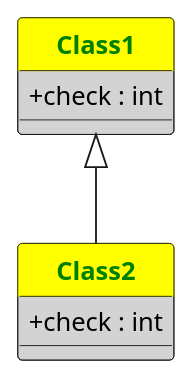
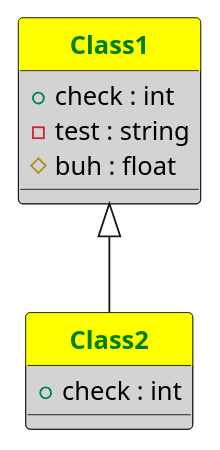
One commit to VladKaralius/cse210-projects changed the diagram in prove/Develop03/test.pu. Above: the diagram before and after it, drawn with PlantUML.

```diff
--- a/prove/Develop03/test.pu
+++ b/prove/Develop03/test.pu
@@ -1,38 +1,40 @@
 @startuml test
 hide circle
-skinparam classAttributeIconSize 0
+'skinparam classAttributeIconSize 0
 <style>
 classDiagram {
   class {
       ' attributes and methods
       FontColor black
       BackgroundColor lightgray
       ' class name
       header {
         ' FontSize 20
         BackgroundColor yellow
         FontColor green
         FontStyle bold
       }
   }
 }
 </style>
 
 SkinParam {
     NodeSep 200 ' horizontal spacing
     RankSep 200 ' vertical spacing
 }
 
 class Class1
 {
     + check : int
+    - test : string
+    # buh : float
 }
 
 class Class2
 {
     + check : int
 }
 
 Class1 <|-- Class2
 
 @enduml
```
